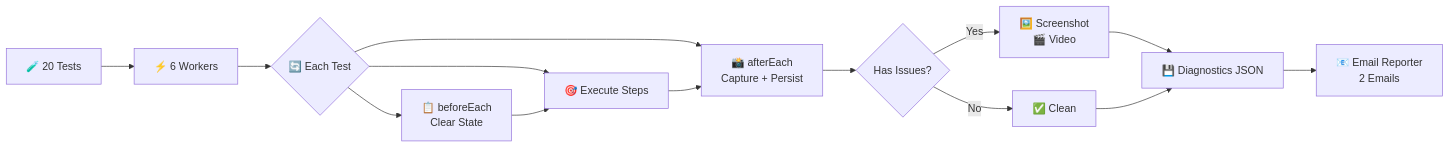
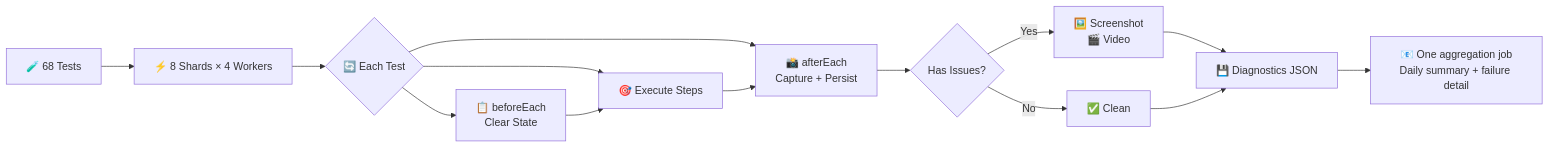
The first of 24 diagrams in README.md (GeoWGS84-Testing/datastore84-new-testing), drawn with Mermaid before and after one commit. The commit also changed other lines of this file and 3 other files, not shown here.

````diff
--- a/README.md
+++ b/README.md
@@ -19,16 +19,16 @@
 ```mermaid
 graph LR
-    A[🧪 20 Tests] --> B[⚡ 6 Workers]
+    A[🧪 68 Tests] --> B[⚡ 8 Shards × 4 Workers]
     B --> C{🔄 Each Test}
     C --> D[📋 beforeEach<br/>Clear State]
     C --> E[🎯 Execute Steps]
     C --> F[📸 afterEach<br/>Capture + Persist]
     D --> E
     E --> F
     F --> G{Has Issues?}
     G -->|Yes| H[🖼️ Screenshot<br/>🎬 Video]
     G -->|No| I[✅ Clean]
     H --> J[💾 Diagnostics JSON]
     I --> J
-    J --> K[📧 Email Reporter<br/>2 Emails]
+    J --> K[📧 One aggregation job<br/>Daily summary + failure detail]
 ```
````
